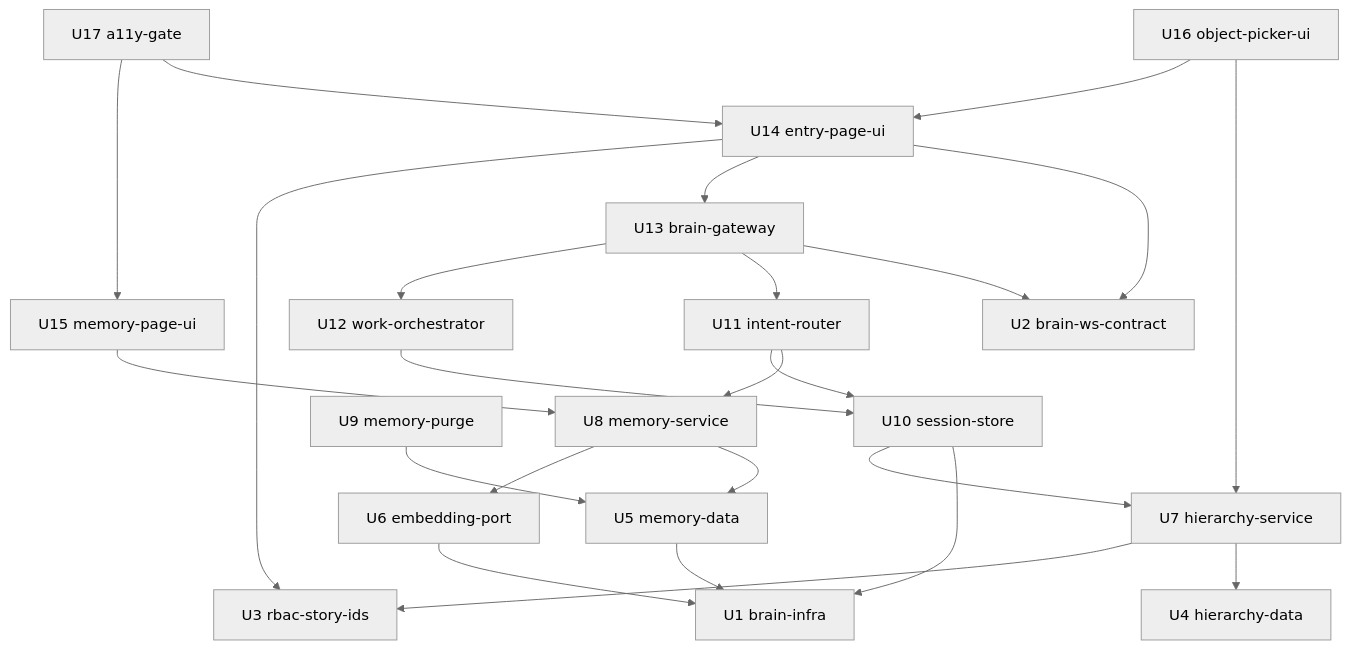
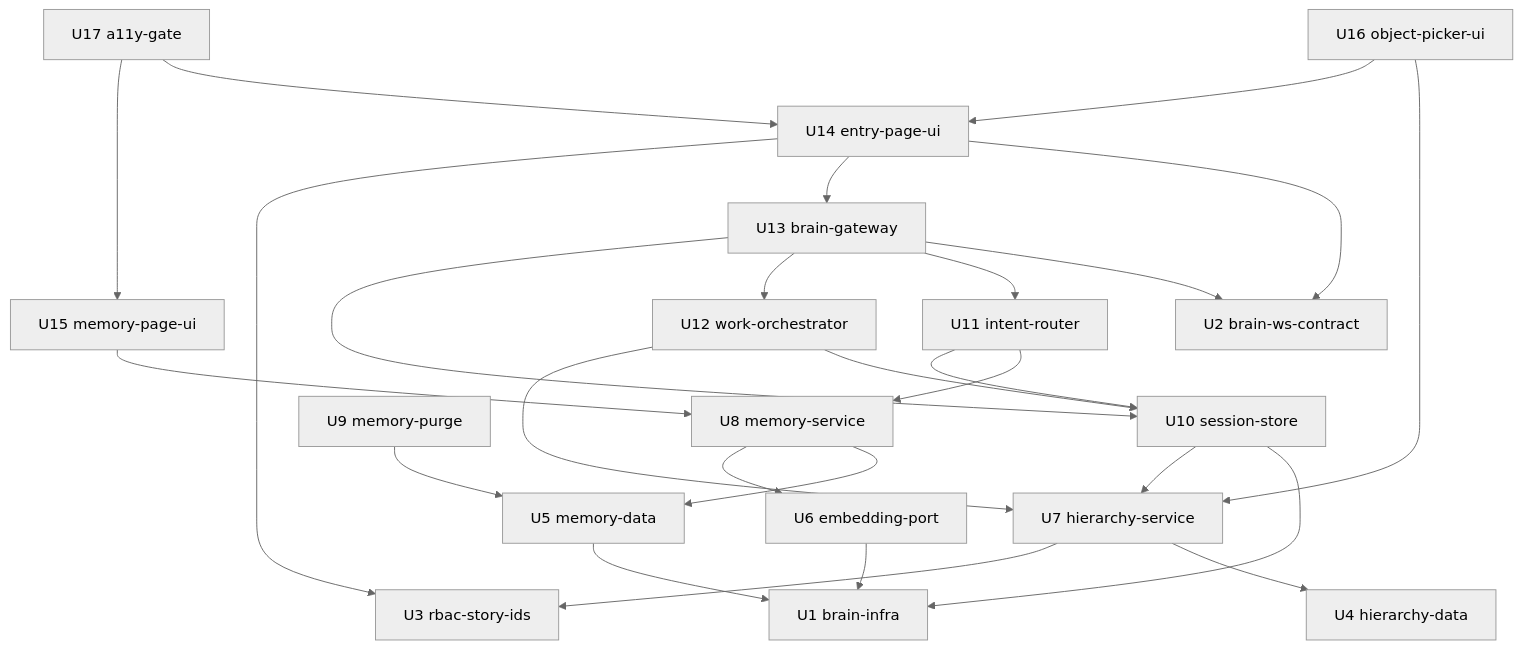
The diagram in aidlc/spaces/default/intents/260920-orchestration-brain/inception/units-generation/unit-of-work-dependency.md (opendiamonds/cloud-360), drawn with Mermaid (neutral theme) before and after one commit. The commit also changed other lines of this file and 14 other files, not shown here.

````diff
--- a/aidlc/spaces/default/intents/260920-orchestration-brain/inception/units-generation/unit-of-work-dependency.md
+++ b/aidlc/spaces/default/intents/260920-orchestration-brain/inception/units-generation/unit-of-work-dependency.md
@@ -78,43 +78,45 @@
 ```mermaid
 graph TD
     U1["U1 brain-infra"]
     U2["U2 brain-ws-contract"]
     U3["U3 rbac-story-ids"]
     U4["U4 hierarchy-data"]
     U5["U5 memory-data"]
     U6["U6 embedding-port"]
     U7["U7 hierarchy-service"]
     U8["U8 memory-service"]
     U9["U9 memory-purge"]
     U10["U10 session-store"]
     U11["U11 intent-router"]
     U12["U12 work-orchestrator"]
     U13["U13 brain-gateway"]
     U14["U14 entry-page-ui"]
     U15["U15 memory-page-ui"]
     U16["U16 object-picker-ui"]
     U17["U17 a11y-gate"]
     U5 --> U1
     U6 --> U1
     U7 --> U4
     U7 --> U3
     U8 --> U5
     U8 --> U6
     U9 --> U5
     U10 --> U1
     U10 --> U7
     U11 --> U8
     U11 --> U10
     U12 --> U10
+    U12 --> U7
     U13 --> U2
     U13 --> U11
     U13 --> U12
+    U13 --> U10
     U14 --> U2
     U14 --> U13
     U14 --> U3
     U15 --> U8
     U16 --> U7
     U16 --> U14
     U17 --> U14
     U17 --> U15
 ```
````
